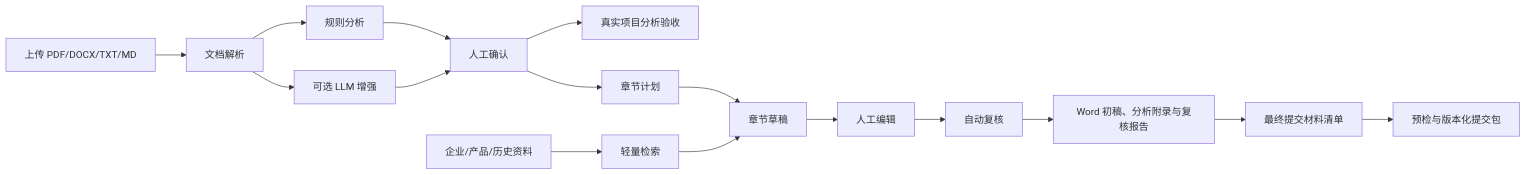
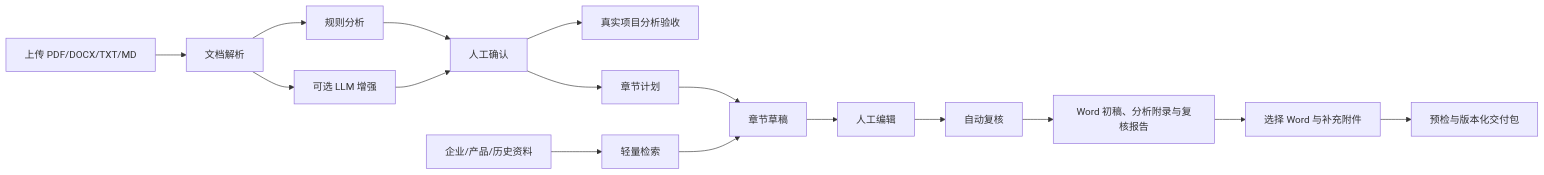
One commit to Derr1ckwy/bid-assistant-mvp changed the diagram in 实施方案与项目路径.md. Above: the diagram before and after it, drawn with Mermaid. The commit also changed other lines of this file and 11 other files, not shown here.

````diff
--- a/实施方案与项目路径.md
+++ b/实施方案与项目路径.md
@@ -64,18 +64,18 @@
 ```mermaid
 flowchart LR
     A[上传 PDF/DOCX/TXT/MD] --> B[文档解析]
     B --> C[规则分析]
     B --> D[可选 LLM 增强]
     C --> E[人工确认]
     D --> E
     E --> O[真实项目分析验收]
     F[企业/产品/历史资料] --> G[轻量检索]
     E --> H[章节计划]
     G --> I[章节草稿]
     H --> I
     I --> J[人工编辑]
     J --> K[自动复核]
     K --> L[Word 初稿、分析附录与复核报告]
-    L --> M[最终提交材料清单]
-    M --> N[预检与版本化提交包]
+    L --> M[选择 Word 与补充附件]
+    M --> N[预检与版本化交付包]
 ```
````
